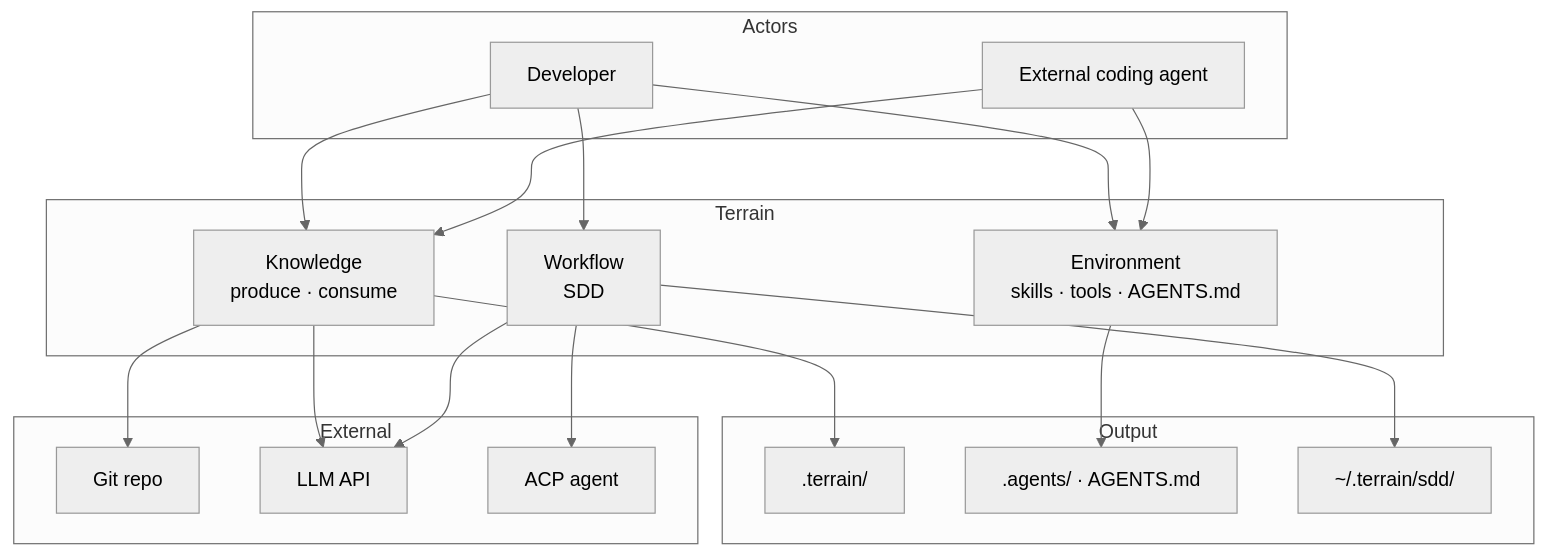
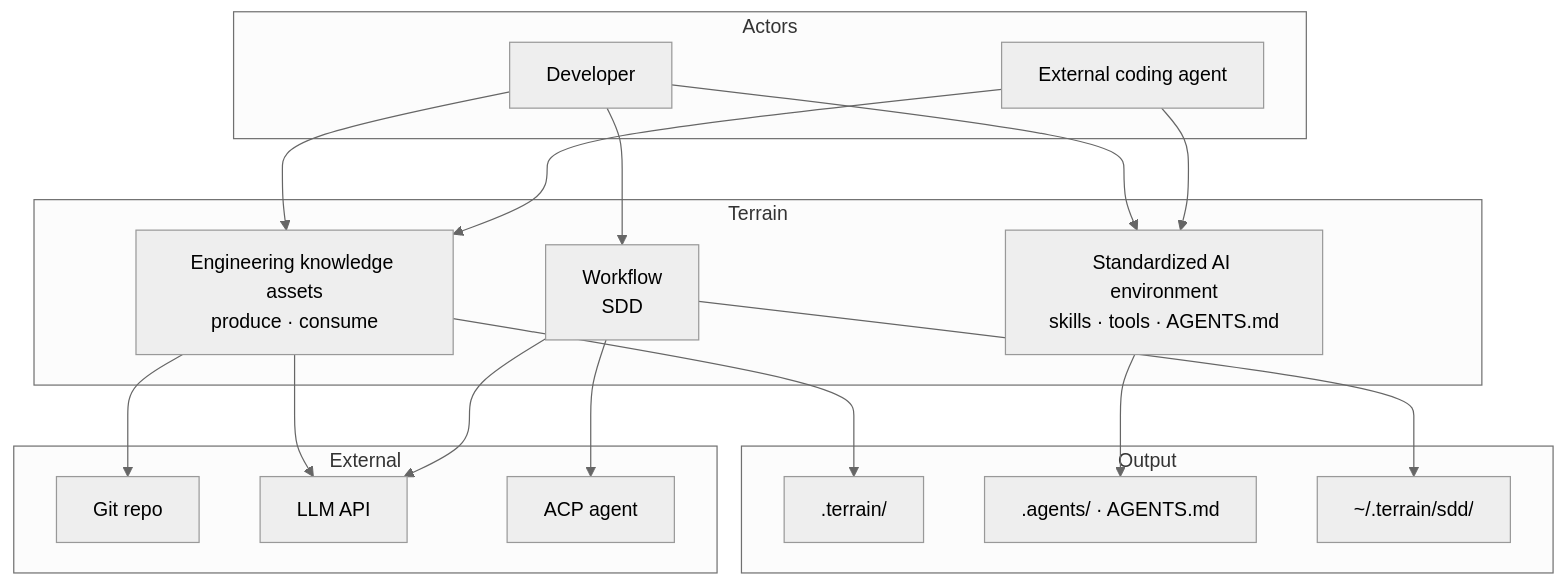
Before and after one commit to sopaco/terrain: the first of 2 diagrams in README.md, drawn with Mermaid (neutral theme). The commit also changed other lines of this file, not shown here.

````diff
--- a/README.md
+++ b/README.md
@@ -133,38 +156,38 @@
 ```mermaid
 graph TB
     subgraph Actors
         Dev[Developer]
         ExtAgent[External coding agent]
     end
 
     subgraph Terrain["Terrain"]
-        K["Knowledge<br/>produce · consume"]
-        E["Environment<br/>skills · tools · AGENTS.md"]
+        K["Engineering knowledge assets<br/>produce · consume"]
+        E["Standardized AI environment<br/>skills · tools · AGENTS.md"]
         W["Workflow<br/>SDD"]
     end
 
     subgraph Output
         DotTerrain[".terrain/"]
         EnvDot[".agents/ · AGENTS.md"]
         SddDir["~/.terrain/sdd/"]
     end
 
     subgraph External
         Git[Git repo]
         LLM[LLM API]
         ACP[ACP agent]
     end
 
     Dev --> K
     Dev --> E
     Dev --> W
     ExtAgent --> K
     ExtAgent --> E
     K --> DotTerrain
     E --> EnvDot
     W --> SddDir
     K --> Git
     K --> LLM
     W --> ACP
     W --> LLM
 ```
````
